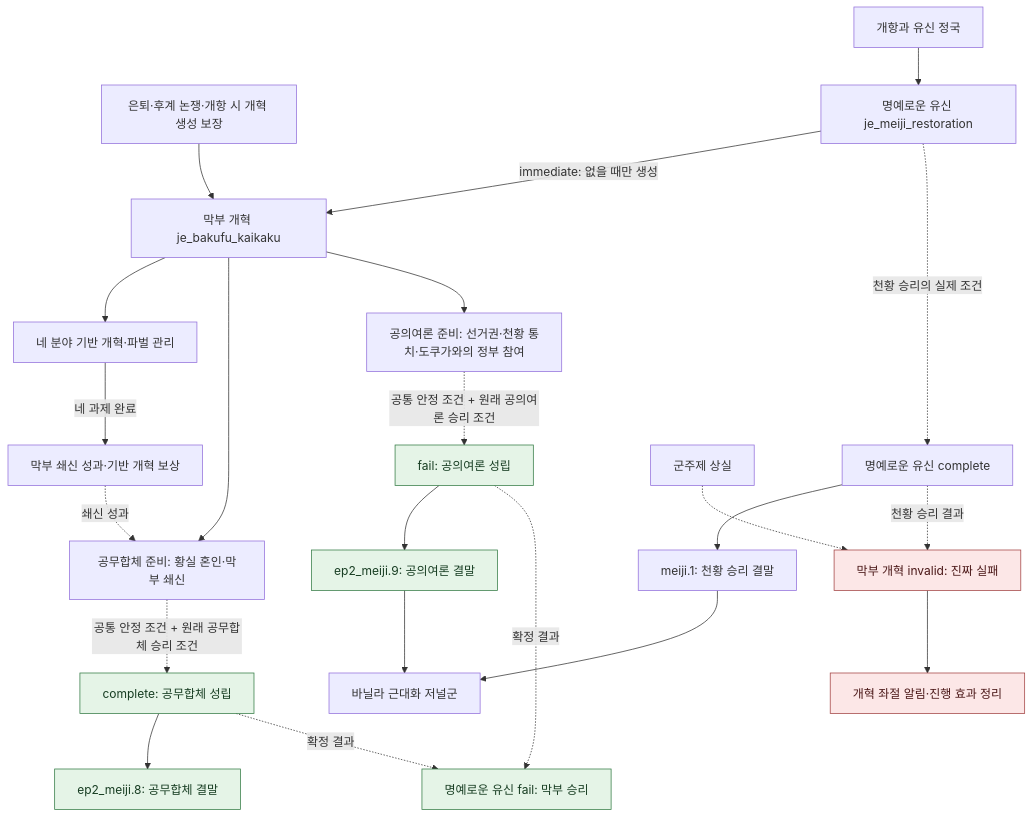
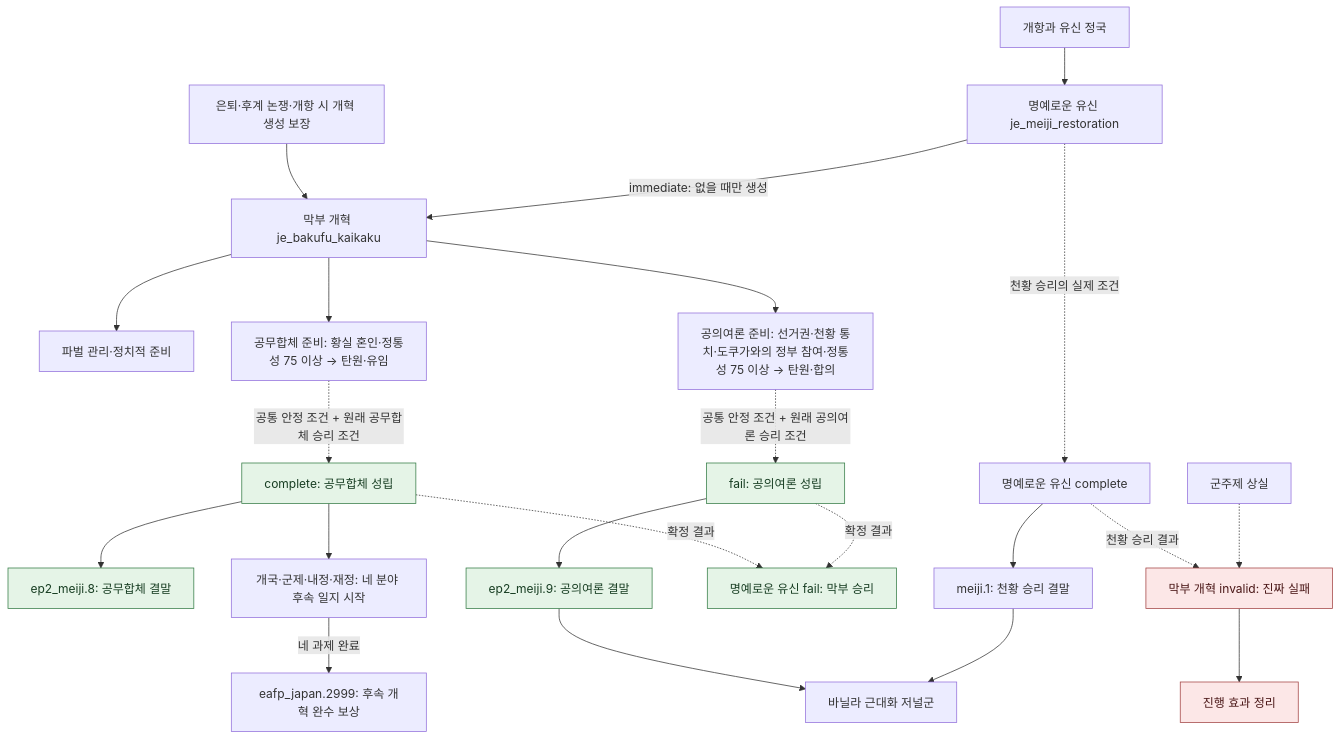
One commit to East-Asia-Flavor-Pack/East-Asia-Flavor-Pack changed the first of 2 diagrams in documentation/bakufu_reform_journal_rework_plan.md. Above: the diagram before and after it, drawn with Mermaid. The commit also changed other lines of this file and 13 other files, not shown here.

````diff
--- a/documentation/bakufu_reform_journal_rework_plan.md
+++ b/documentation/bakufu_reform_journal_rework_plan.md
@@ -107,28 +113,28 @@
 ```mermaid
 flowchart TD
     START["은퇴·후계 논쟁·개항 시 개혁 생성 보장"] --> R["막부 개혁 je_bakufu_kaikaku"]
     OPEN["개항과 유신 정국"] --> M["명예로운 유신 je_meiji_restoration"]
     M -->|immediate: 없을 때만 생성| R
-    R --> BASE["네 분야 기반 개혁·파벌 관리"]
-    BASE -->|네 과제 완료| RENEW["막부 쇄신 성과·기반 개혁 보상"]
-    R --> C["공무합체 준비: 황실 혼인·막부 쇄신"]
-    R --> K["공의여론 준비: 선거권·천황 통치·도쿠가와의 정부 참여"]
-    RENEW -. "쇄신 성과" .-> C
+    R --> FACTIONS["파벌 관리·정치적 준비"]
+    R --> C["공무합체 준비: 황실 혼인·정통성 75 이상 → 탄원·유임"]
+    R --> K["공의여론 준비: 선거권·천황 통치·도쿠가와의 정부 참여·정통성 75 이상 → 탄원·합의"]
     C -. "공통 안정 조건 + 원래 공무합체 승리 조건" .-> CS["complete: 공무합체 성립"]
     K -. "공통 안정 조건 + 원래 공의여론 승리 조건" .-> KS["fail: 공의여론 성립"]
     CS --> C8["ep2_meiji.8: 공무합체 결말"]
+    CS --> FOLLOW["개국·군제·내정·재정: 네 분야 후속 일지 시작"]
+    FOLLOW -->|네 과제 완료| REWARD["eafp_japan.2999: 후속 개혁 완수 보상"]
     KS --> K9["ep2_meiji.9: 공의여론 결말"]
     CS -. "확정 결과" .-> MF["명예로운 유신 fail: 막부 승리"]
     KS -. "확정 결과" .-> MF
     M -. "천황 승리의 실제 조건" .-> MC["명예로운 유신 complete"]
     MC --> E1["meiji.1: 천황 승리 결말"]
     MC -. "천황 승리 결과" .-> RI["막부 개혁 invalid: 진짜 실패"]
     LOST["군주제 상실"] -.-> RI
-    RI --> NOTICE["개혁 좌절 알림·진행 효과 정리"]
+    RI --> CLEANUP["진행 효과 정리"]
     K9 --> MOD["바닐라 근대화 저널군"]
     E1 --> MOD
     classDef success fill:#e5f4e7,stroke:#347c45,color:#173d22;
     classDef failure fill:#fce7e7,stroke:#a34343,color:#4a1717;
     class CS,KS,C8,K9,MF success;
-    class RI,NOTICE failure;
+    class RI,CLEANUP failure;
 ```
````
